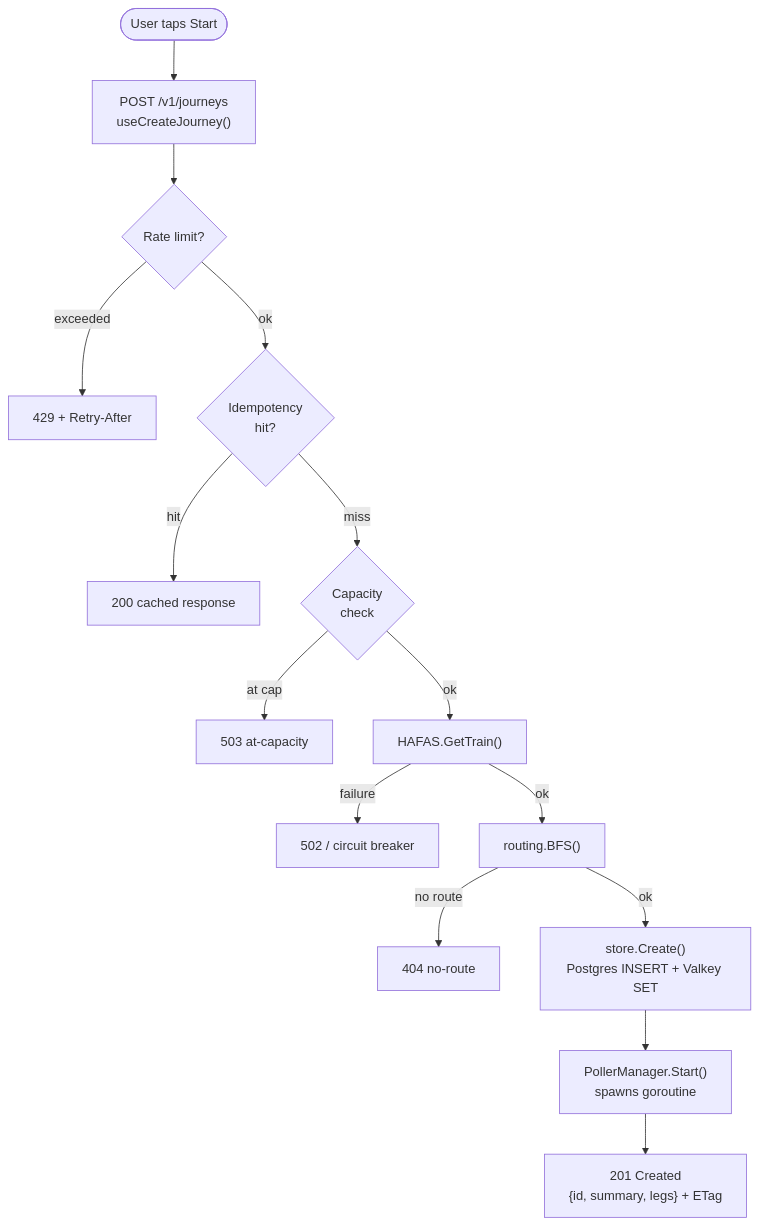
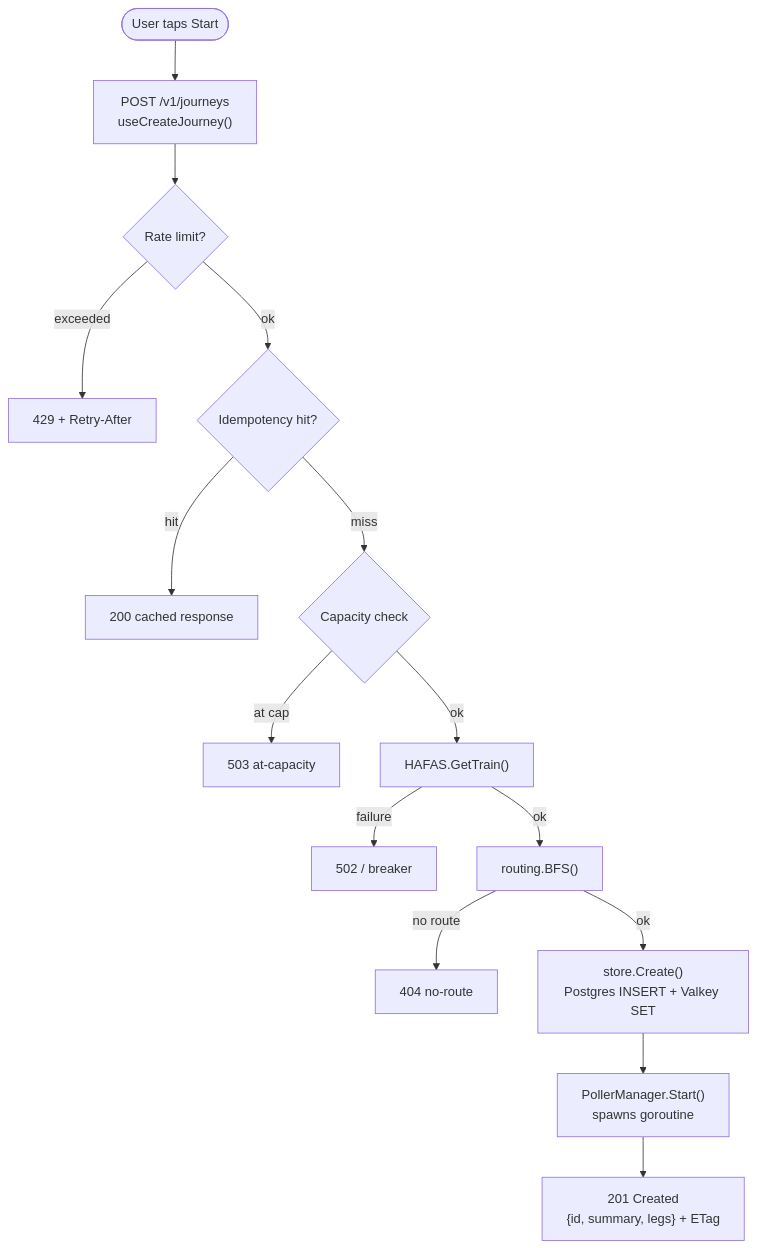
Before and after one commit to mgummich/train-delay-buddy: the first of 3 diagrams in website/docs/architecture/data-flow.md, drawn with Mermaid. The commit also changed other lines of this file and 111 other files, not shown here.

````diff
--- a/website/docs/architecture/data-flow.md
+++ b/website/docs/architecture/data-flow.md
@@ -13,17 +13,17 @@
 ```mermaid
 flowchart TD
   A([User taps Start]) --> B["POST /v1/journeys\nuseCreateJourney()"]
   B --> C{Rate limit?}
   C -->|exceeded| C1["429 + Retry-After"]
-  C -->|ok| D{Idempotency\nhit?}
+  C -->|ok| D{Idempotency hit?}
   D -->|hit| D1["200 cached response"]
-  D -->|miss| E{Capacity\ncheck}
+  D -->|miss| E{Capacity check}
   E -->|at cap| E1["503 at-capacity"]
   E -->|ok| F["HAFAS.GetTrain()"]
-  F -->|failure| F1["502 / circuit breaker"]
+  F -->|failure| F1["502 / breaker"]
   F -->|ok| G["routing.BFS()"]
   G -->|no route| G1["404 no-route"]
   G -->|ok| H["store.Create()\nPostgres INSERT + Valkey SET"]
   H --> I["PollerManager.Start()\nspawns goroutine"]
   I --> J["201 Created\n{id, summary, legs} + ETag"]
 ```
````
